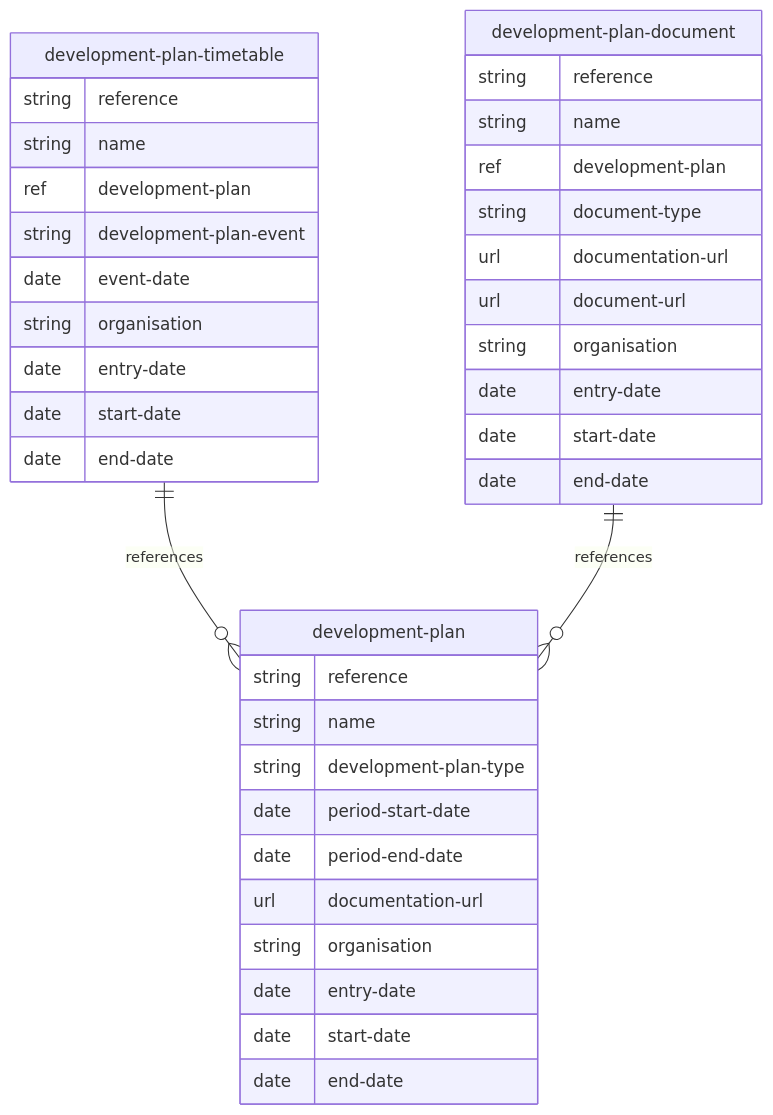
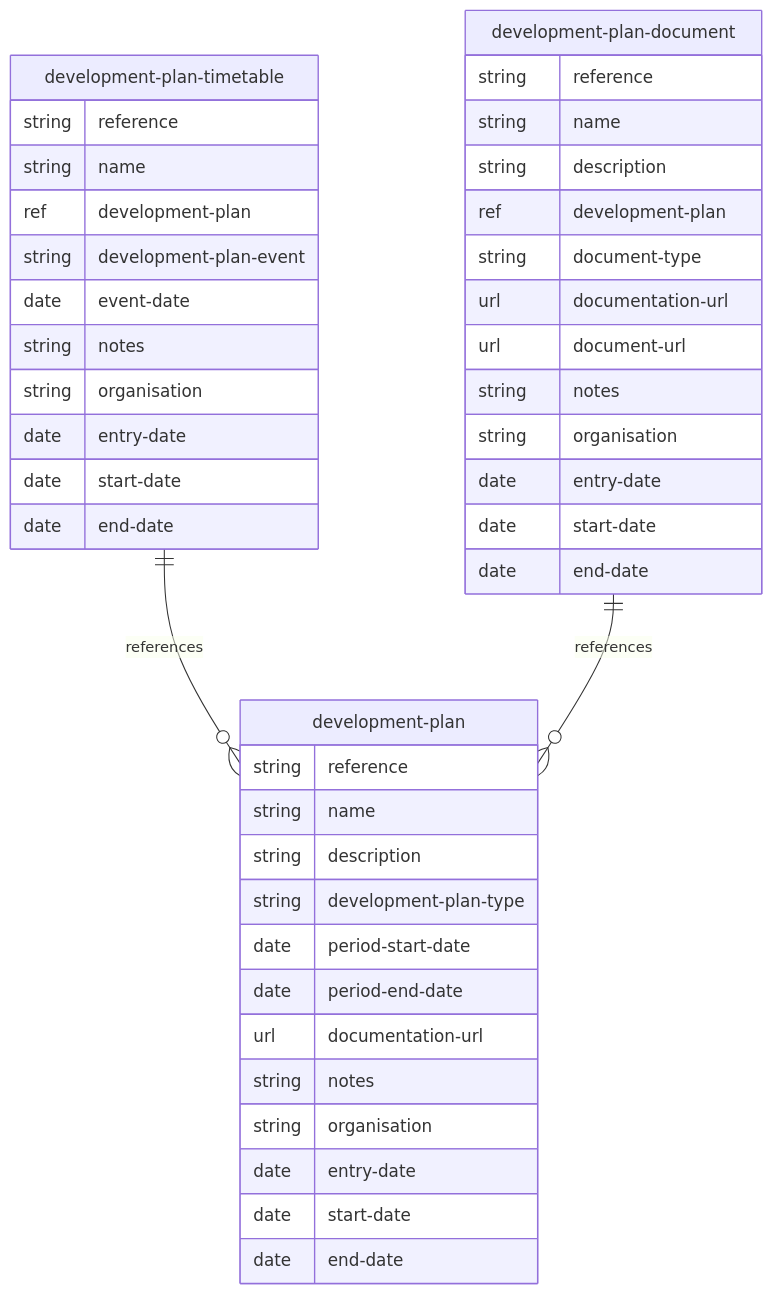
The diagram in mermaid/development-plan.md (digital-land/specification), drawn with Mermaid before and after one commit. The commit also changed 21 other files, not shown here.

````diff
--- a/mermaid/development-plan.md
+++ b/mermaid/development-plan.md
@@ -4,40 +4,45 @@
 ```mermaid
 erDiagram
     development-plan {
         string reference
         string name
+        string description
         string development-plan-type
         date period-start-date
         date period-end-date
         url documentation-url
+        string notes
         string organisation
         date entry-date
         date start-date
         date end-date
     }
     development-plan-timetable {
         string reference
         string name
         ref development-plan
         string development-plan-event
         date event-date
+        string notes
         string organisation
         date entry-date
         date start-date
         date end-date
     }
     development-plan-document {
         string reference
         string name
+        string description
         ref development-plan
         string document-type
         url documentation-url
         url document-url
+        string notes
         string organisation
         date entry-date
         date start-date
         date end-date
     }
     development-plan-timetable ||--o{ development-plan : references
     development-plan-document ||--o{ development-plan : references
 ```
````
